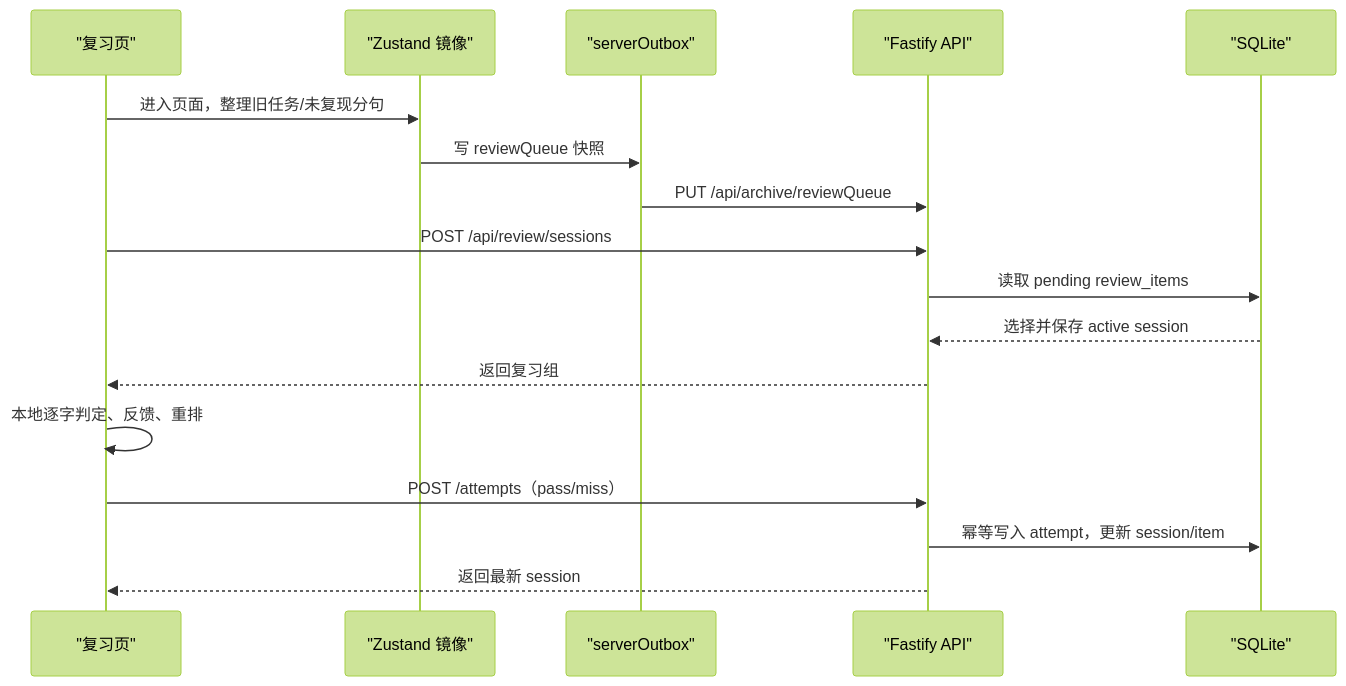
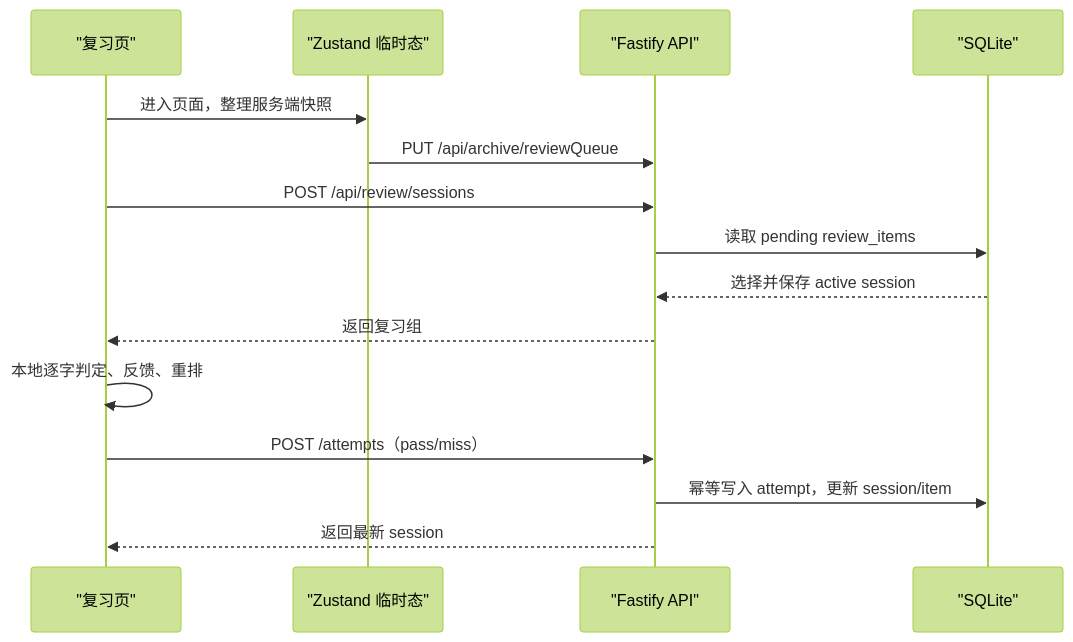
Before and after one commit to lcx2011/wyan: the second of 2 diagrams in docs/ARCHITECTURE.md, drawn with Mermaid (forest theme). The commit also changed other lines of this file and 49 other files, not shown here.

````diff
--- a/docs/ARCHITECTURE.md
+++ b/docs/ARCHITECTURE.md
@@ -119,20 +117,18 @@
 ```mermaid
 sequenceDiagram
   participant P as "复习页"
-  participant S as "Zustand 镜像"
-  participant O as "serverOutbox"
+  participant S as "Zustand 临时态"
   participant A as "Fastify API"
   participant D as "SQLite"
 
-  P->>S: 进入页面，整理旧任务/未复现分句
-  S->>O: 写 reviewQueue 快照
-  O->>A: PUT /api/archive/reviewQueue
+  P->>S: 进入页面，整理服务端快照
+  S->>A: PUT /api/archive/reviewQueue
   P->>A: POST /api/review/sessions
   A->>D: 读取 pending review_items
   D-->>A: 选择并保存 active session
   A-->>P: 返回复习组
   P->>P: 本地逐字判定、反馈、重排
   P->>A: POST /attempts（pass/miss）
   A->>D: 幂等写入 attempt，更新 session/item
   A-->>P: 返回最新 session
 ```
````
